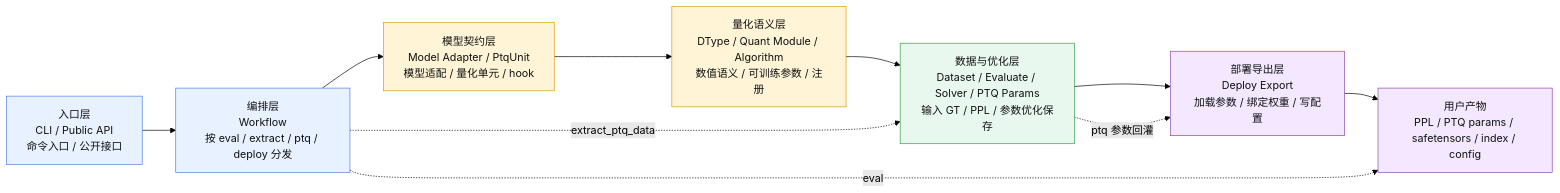
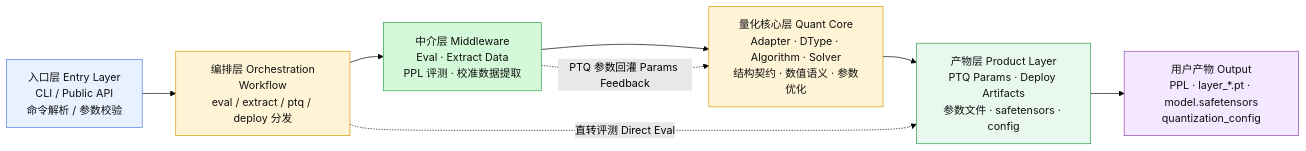
One commit to Atlas-Ascend-Fork/amct changed the first of 11 diagrams in .agents/docs/amct-coder-module-analysis.md. Above: the diagram before and after it, drawn with Mermaid (forest theme). The commit also changed other lines of this file, not shown here.

````diff
--- a/.agents/docs/amct-coder-module-analysis.md
+++ b/.agents/docs/amct-coder-module-analysis.md
@@ -12,23 +11,24 @@
 ```mermaid
 flowchart LR
-    A["入口层<br/>CLI / Public API<br/>命令入口 / 公开接口"] --> B["编排层<br/>Workflow<br/>按 eval / extract / ptq / deploy 分发"]
-    B --> C["模型契约层<br/>Model Adapter / PtqUnit<br/>模型适配 / 量化单元 / hook"]
-    C --> D["量化语义层<br/>DType / Quant Module / Algorithm<br/>数值语义 / 可训练参数 / 注册"]
-    D --> E["数据与优化层<br/>Dataset / Evaluate / Solver / PTQ Params<br/>输入 GT / PPL / 参数优化保存"]
-    E --> F["部署导出层<br/>Deploy Export<br/>加载参数 / 绑定权重 / 写配置"]
-    F --> G["用户产物<br/>PPL / PTQ params / safetensors / index / config"]
+    A["入口层 Entry Layer<br/>CLI / Public API<br/>命令解析 / 参数校验"] --> B["编排层 Orchestration<br/>Workflow<br/>eval / extract / ptq / deploy 分发"]
+    B --> M1["中介层 Middleware<br/>Eval · Extract Data<br/>PPL 评测 · 校准数据提取"]
+    M1 --> C["量化核心层 Quant Core<br/>Adapter · DType · Algorithm · Solver<br/>结构契约 · 数值语义 · 参数优化"]
+    C --> D["产物层 Product Layer<br/>PTQ Params · Deploy Artifacts<br/>参数文件 · safetensors · config"]
+    D --> E["用户产物 Output<br/>PPL · layer_*.pt · model.safetensors<br/>quantization_config"]
 
-    B -. "eval" .-> G
-    B -. "extract_ptq_data" .-> E
-    E -. "ptq 参数回灌" .-> F
+    B -. "直转评测 Direct Eval" .-> D
+    M1 -. "PTQ 参数回灌 Params Feedback" .-> C
 
     classDef entry fill:#e8f1ff,stroke:#4b7bec,stroke-width:1px,color:#111;
     classDef core fill:#fff4d6,stroke:#d99a00,stroke-width:1px,color:#111;
+    classDef mid fill:#d3f9d8,stroke:#2f9e44,stroke-width:1px,color:#111;
     classDef data fill:#e9f8ef,stroke:#2f9e44,stroke-width:1px,color:#111;
     classDef out fill:#f3e8ff,stroke:#8e44ad,stroke-width:1px,color:#111;
 
-    class A,B entry;
-    class C,D core;
-    class E data;
-    class F,G out;
+    class A entry;
+    class B core;
+    class M1 mid;
+    class C core;
+    class D data;
+    class E out;
 ```
````
